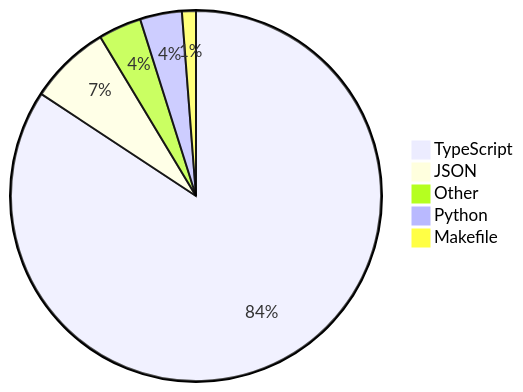
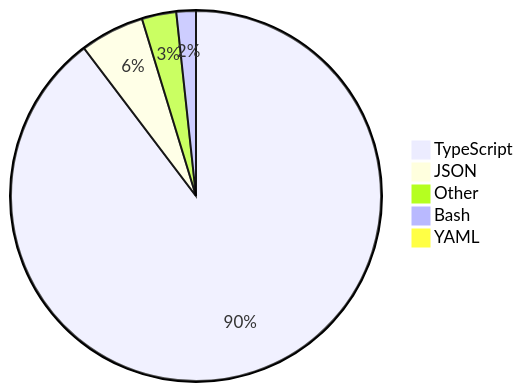
The diagram in README.md (skvggor/skvggor), drawn with Mermaid before and after one commit.

Commit message:
Updated waka-readme graph with new metrics

````diff
--- a/README.md
+++ b/README.md
@@ -28,8 +28,8 @@
 ```mermaid
 pie
-    "TypeScript" : 83.1
-    "JSON" : 7.0
-    "Other" : 3.7
-    "Python" : 3.6
-    "Makefile" : 1.2
+    "TypeScript" : 89.5
+    "JSON" : 5.6
+    "Other" : 3.0
+    "Bash" : 1.7
+    "YAML" : 0.2
 ```
````
